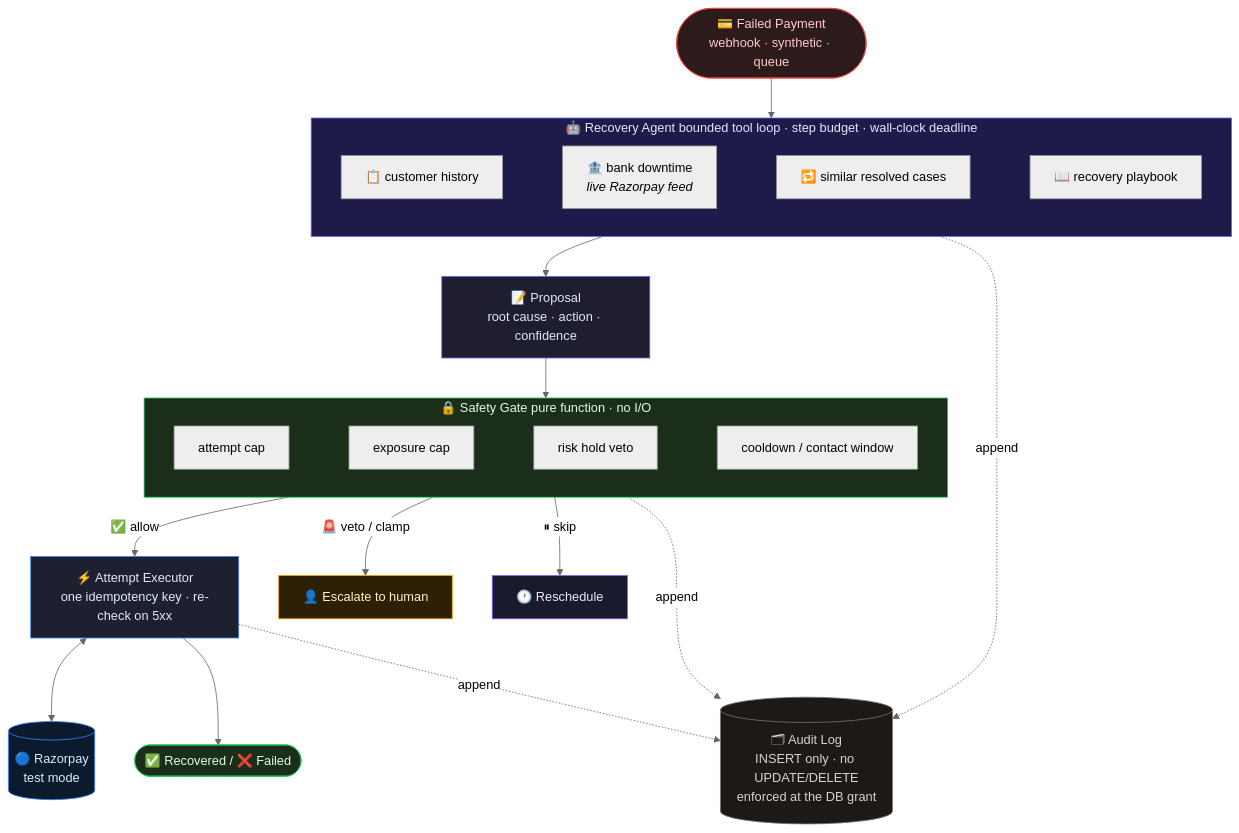
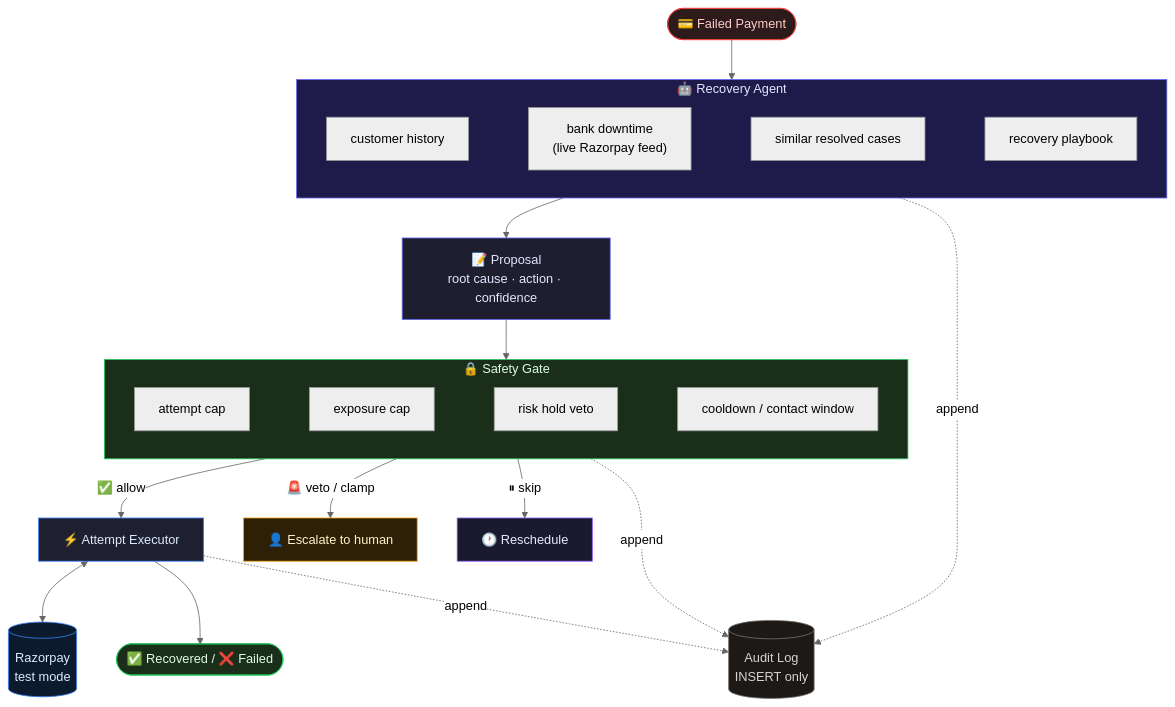
Before and after one commit to Mithurn/Razorpay-track3: the diagram in README.md, drawn with Mermaid (neutral theme). The commit also changed other lines of this file, not shown here.

````diff
--- a/README.md
+++ b/README.md
@@ -247,50 +196,50 @@
 ```mermaid
 flowchart TD
-    FP(["💳 Failed Payment\nwebhook · synthetic · queue"])
-
+    FP(["💳 Failed Payment"])
+    
     FP --> AGT
-
-    subgraph AGT["🤖 Recovery Agent   bounded tool loop · step budget · wall-clock deadline"]
+    
+    subgraph AGT["🤖 Recovery Agent"]
         direction LR
-        H["📋 customer history"]
-        D["🏦 bank downtime\n<i>live Razorpay feed</i>"]
-        S["🔁 similar resolved cases"]
-        P["📖 recovery playbook"]
+        H["customer history"]
+        D["bank downtime\n(live Razorpay feed)"]
+        S["similar resolved cases"]
+        P["recovery playbook"]
         H ~~~ D ~~~ S ~~~ P
     end
-
+    
     AGT --> PROP["📝 Proposal\nroot cause · action · confidence"]
-
+    
     PROP --> GATE
-
-    subgraph GATE["🔒 Safety Gate   pure function · no I/O"]
+    
+    subgraph GATE["🔒 Safety Gate"]
         direction LR
         R1["attempt cap"]
         R2["exposure cap"]
         R3["risk hold veto"]
         R4["cooldown / contact window"]
         R1 ~~~ R2 ~~~ R3 ~~~ R4
     end
-
-    GATE -- "✅ allow" --> EX["⚡ Attempt Executor\none idempotency key · re-check on 5xx"]
+    
+    GATE -- "✅ allow" --> EX["⚡ Attempt Executor"]
     GATE -- "🚨 veto / clamp" --> ESC["👤 Escalate to human"]
     GATE -- "⏸ skip" --> RS["🕐 Reschedule"]
-
-    EX <--> RZ[("🔵 Razorpay\ntest mode")]
+    
+    EX <--> RZ[("Razorpay\ntest mode")]
     EX --> OUT(["✅ Recovered / ❌ Failed"])
-
-    AGT -. "append" .-> LOG[("🗂 Audit Log\nINSERT only · no UPDATE/DELETE\nenforced at the DB grant")]
+    
+    AGT -. "append" .-> LOG[("Audit Log\nINSERT only")]
     GATE -. "append" .-> LOG
     EX -. "append" .-> LOG
-
+    
     style AGT fill:#1e1b4b,stroke:#6366f1,color:#e0e7ff
     style GATE fill:#1a2e1a,stroke:#22c55e,color:#dcfce7
     style LOG fill:#1c1917,stroke:#78716c,color:#d6d3d1
     style RZ fill:#0c1a2e,stroke:#3b82f6,color:#dbeafe
     style FP fill:#2d1b1b,stroke:#ef4444,color:#fecaca
     style ESC fill:#2d2006,stroke:#f59e0b,color:#fef3c7
     style RS fill:#1a1a2e,stroke:#8b5cf6,color:#ede9fe
     style OUT fill:#1a2e1a,stroke:#22c55e,color:#dcfce7
     style PROP fill:#1e1e2e,stroke:#6366f1,color:#e0e7ff
     style EX fill:#1e2030,stroke:#3b82f6,color:#dbeafe
 ```
````
